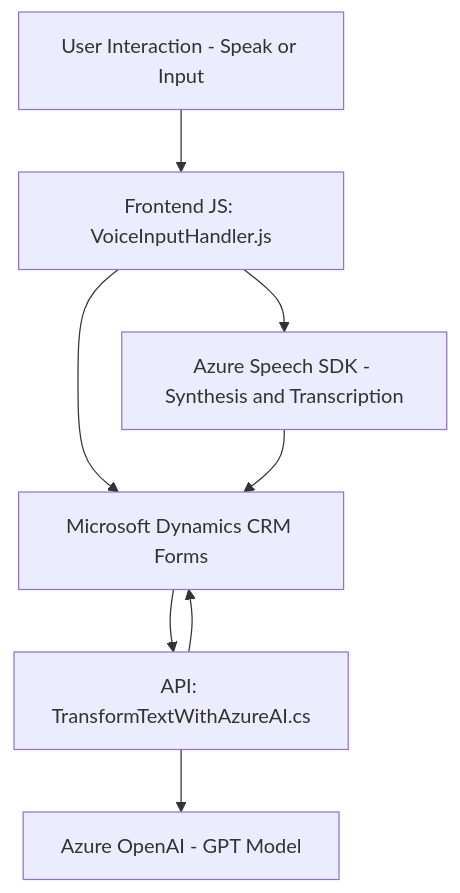
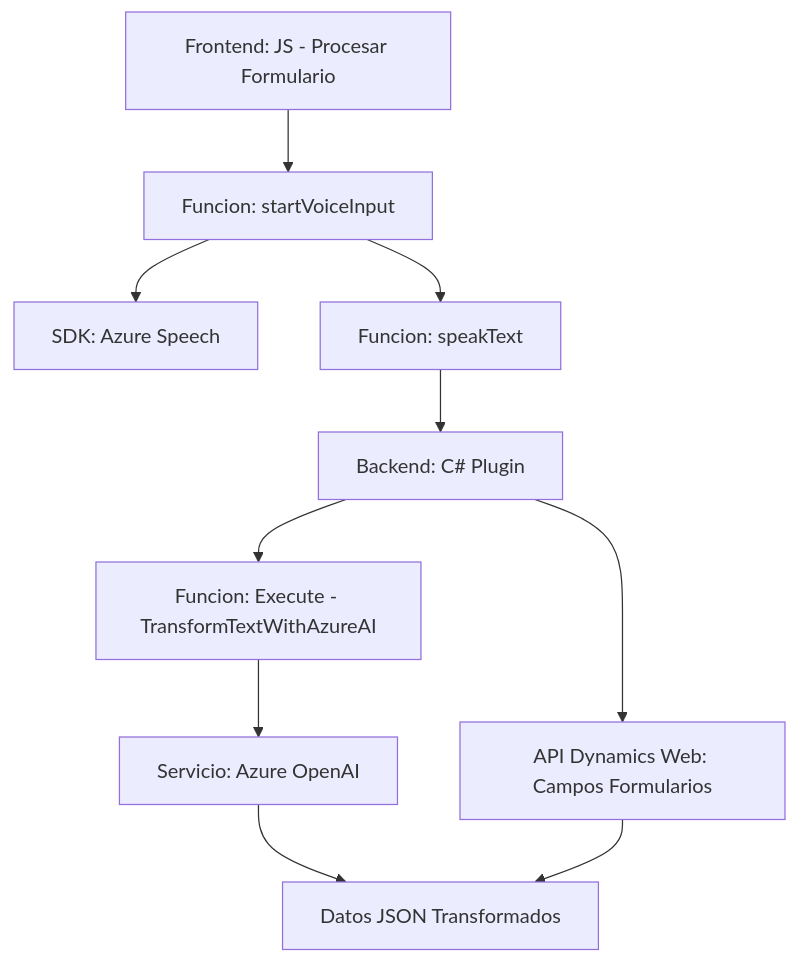
The diagram in README.md (blopezdm/NETCORE_BILBAO2025), drawn with Mermaid before and after one commit. The commit also changed other lines of this file, not shown here.

````diff
--- a/README.md
+++ b/README.md
@@ -46,13 +35,22 @@
 ```mermaid
 graph TD
-  A["User Interaction - Speak or Input"] --> B["Frontend JS: VoiceInputHandler.js"]
+A["Frontend: JS - Procesar Formulario"]
+B["Funcion: startVoiceInput"]
+C["SDK: Azure Speech"]
+D["Funcion: speakText"] 
+E["Backend: C# Plugin"]
+F["Funcion: Execute - TransformTextWithAzureAI"] 
+G["Servicio: Azure OpenAI"] 
+H["API Dynamics Web: Campos Formularios"]
+I["Datos JSON Transformados"]
 
-  B --> C["Azure Speech SDK - Synthesis and Transcription"]
-  B --> D["Microsoft Dynamics CRM Forms"]
-
-  D --> E["API: TransformTextWithAzureAI.cs"]
-  E --> F["Azure OpenAI - GPT Model"]
-
-  C --> D
-  E --> D
+A --> B
+B --> C
+B --> D
+D --> E
+E --> F
+F --> G
+G --> I
+E --> H
+H --> I
 ```
````
